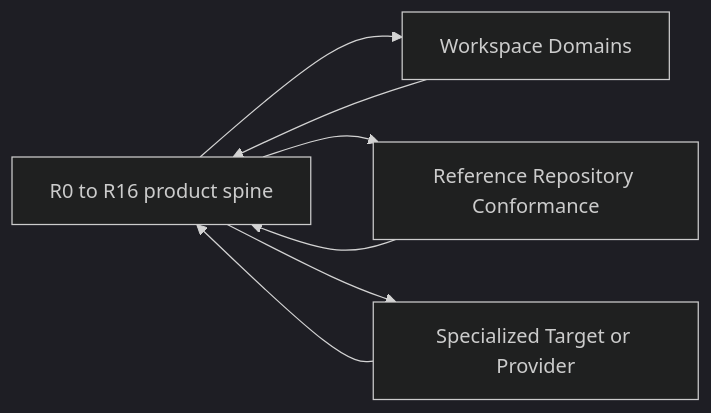
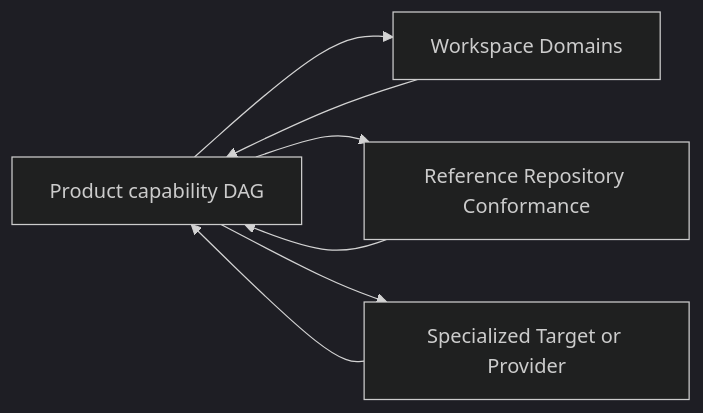
Diagram 11 of 12 in docs/roadmap/capability-dag.md (sec-platform/sec), drawn with Mermaid (dark theme) before and after one commit. The commit also changed other lines of this file and 14 other files, not shown here.

Commit message:
docs: close semantic architecture design

```diff
--- a/docs/roadmap/capability-dag.md
+++ b/docs/roadmap/capability-dag.md
@@ -430,9 +430,9 @@
 ~~~mermaid
 flowchart LR
-  P[R0 to R16 product spine] --> W[Workspace Domains]
+  P[Product capability DAG] --> W[Workspace Domains]
   P --> C[Reference Repository Conformance]
   P --> S[Specialized Target or Provider]
   W --> P
   C --> P
   S --> P
 ~~~
```
